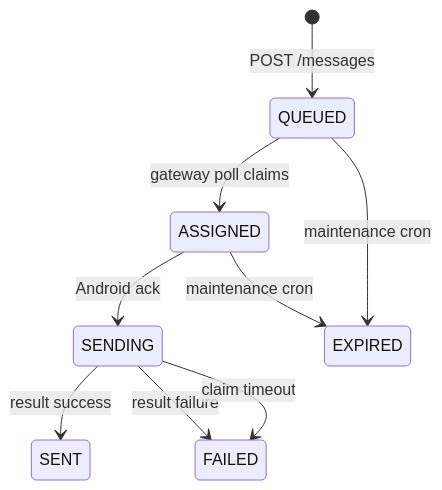
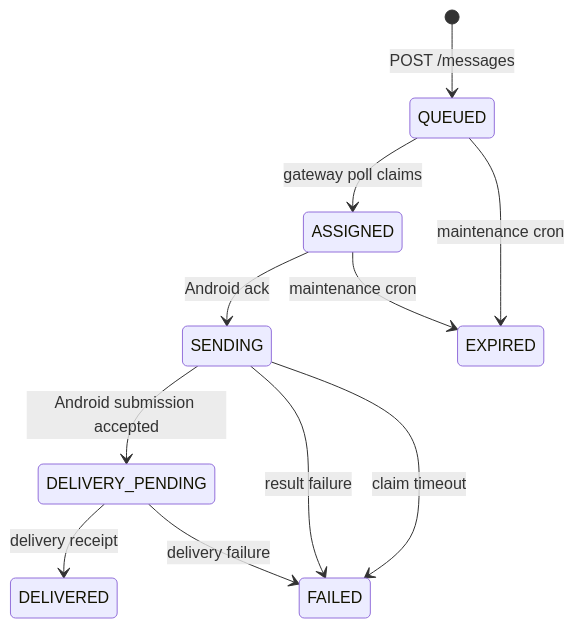
One commit to pramay88/OpenSMS changed the second of 3 diagrams in docs/ARCHITECTURE.md. Above: the diagram before and after it, drawn with Mermaid. The commit also changed other lines of this file and 25 other files, not shown here.

````diff
--- a/docs/ARCHITECTURE.md
+++ b/docs/ARCHITECTURE.md
@@ -34,11 +34,13 @@
 ```mermaid
 stateDiagram-v2
     [*] --> QUEUED: POST /messages
     QUEUED --> ASSIGNED: gateway poll claims
     ASSIGNED --> SENDING: Android ack
-    SENDING --> SENT: result success
+    SENDING --> DELIVERY_PENDING: Android submission accepted
+    DELIVERY_PENDING --> DELIVERED: delivery receipt
+    DELIVERY_PENDING --> FAILED: delivery failure
     SENDING --> FAILED: result failure
     QUEUED --> EXPIRED: maintenance cron
     ASSIGNED --> EXPIRED: maintenance cron
     SENDING --> FAILED: claim timeout
 ```
````
